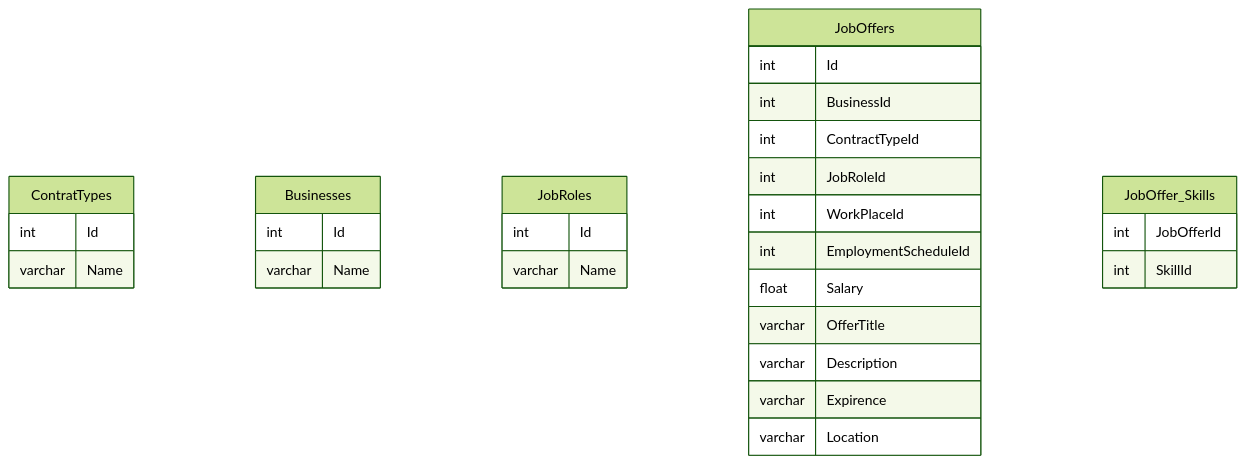
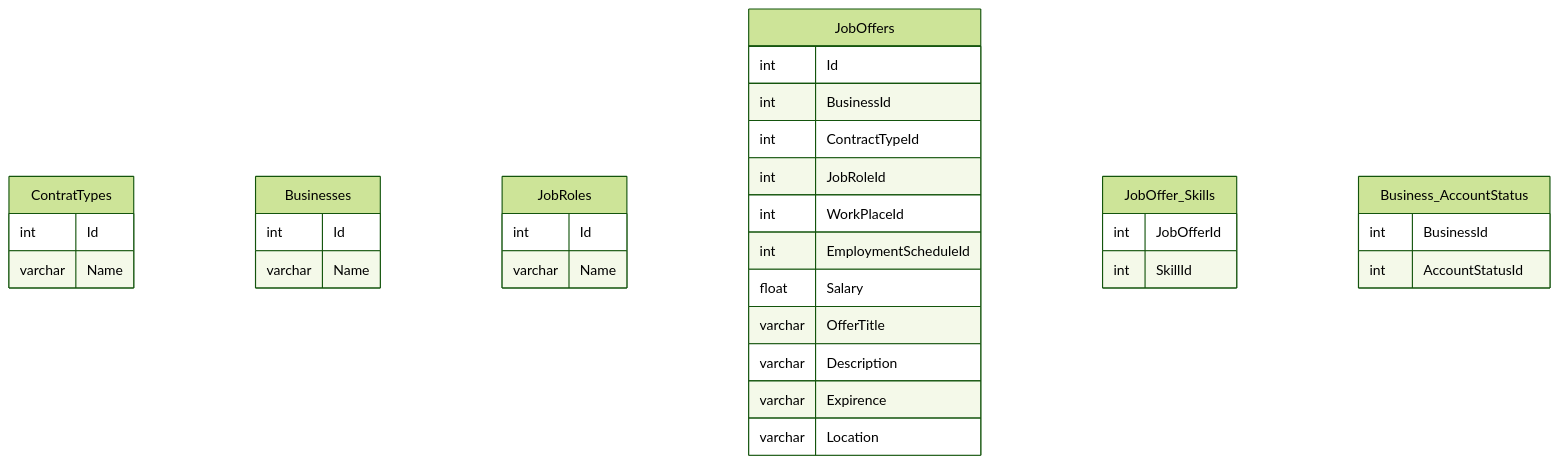
Before and after one commit to dannykentala/SchoolSql: the second of 3 diagrams in docs/diagrams.md, drawn with Mermaid (forest theme). The commit also changed other lines of this file and 1 other file, not shown here.

````diff
--- a/docs/diagrams.md
+++ b/docs/diagrams.md
@@ -70,32 +78,36 @@
 ```mermaid
 erDiagram
   ContratTypes {
     int Id
     varchar Name
   }
   Businesses {
     int Id
     varchar Name
   }
   JobRoles {
     int Id
     varchar Name
   }
   JobOffers {
     int Id
     int BusinessId
     int ContractTypeId
     int JobRoleId
     int WorkPlaceId
     int EmploymentScheduleId
     float Salary
     varchar OfferTitle
     varchar Description
     varchar Expirence
     varchar Location
   }
   JobOffer_Skills {
     int JobOfferId
     int SkillId
   }
+  Business_AccountStatus {
+    int BusinessId
+    int AccountStatusId
+  }
 ```
````
